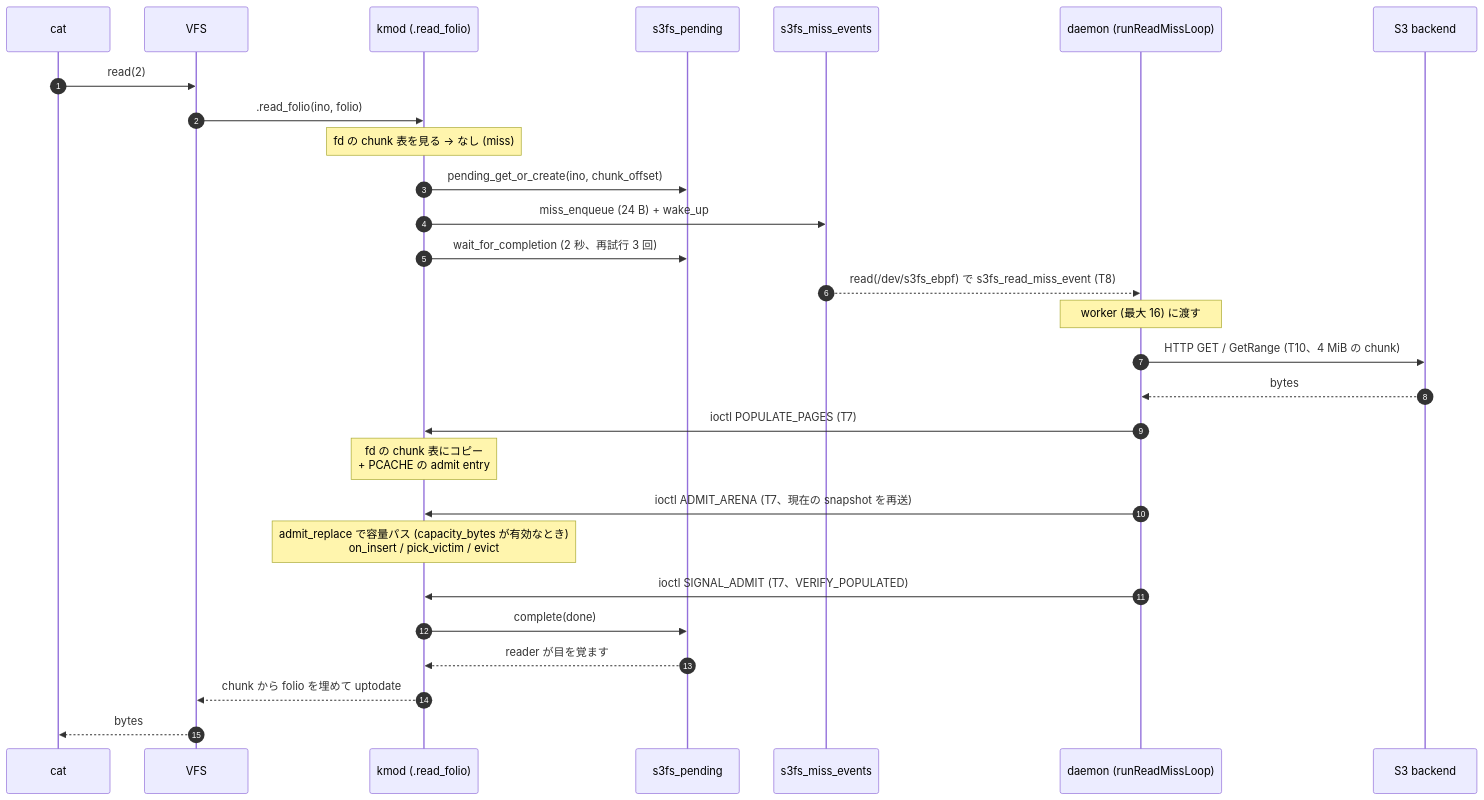
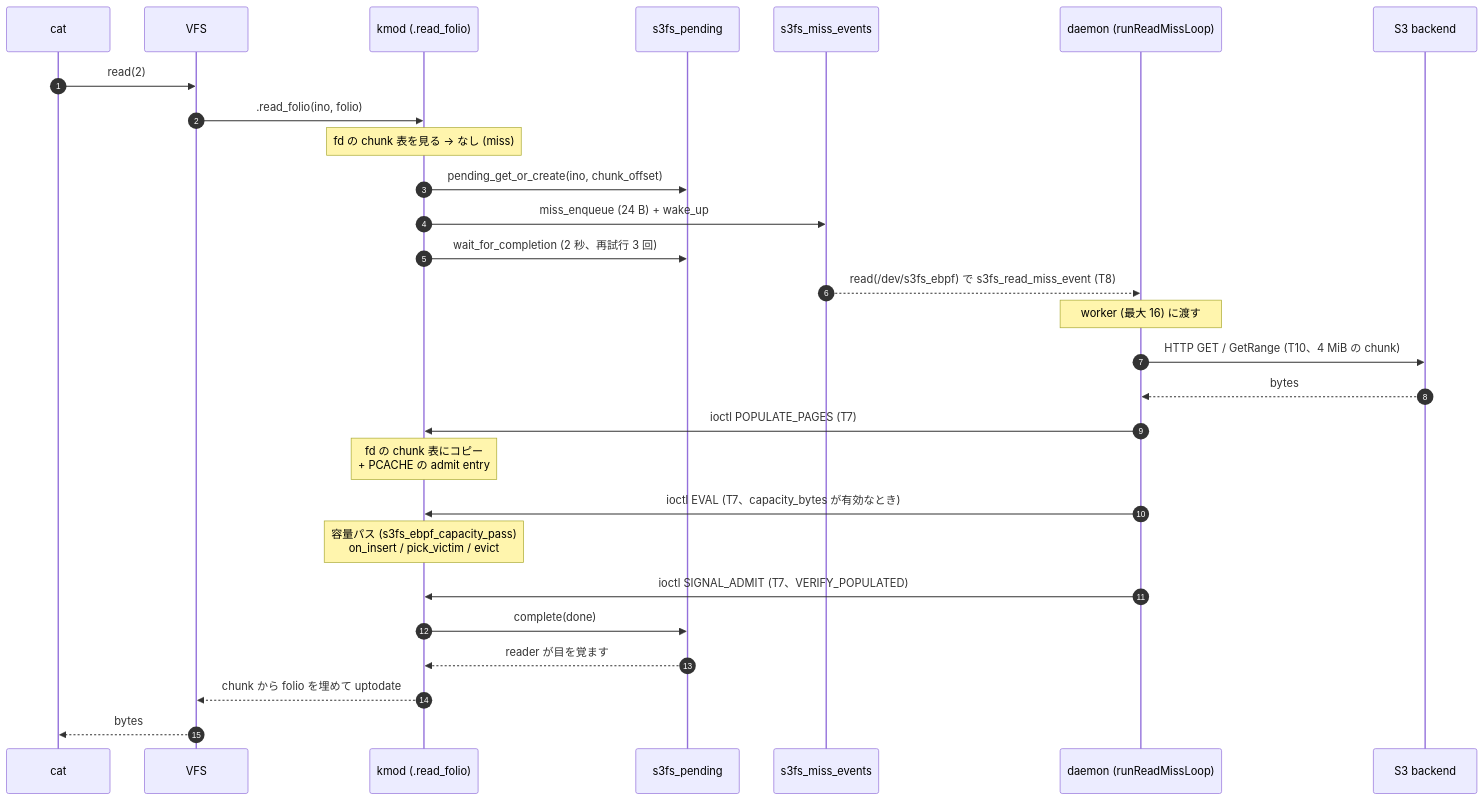
Before and after one commit to masu-mi/s3fs-ebpf: the second of 5 diagrams in docs/design/component-communication.md, drawn with Mermaid. The commit also changed other lines of this file and 37 other files, not shown here.

First line of the commit message:
v2 Phase 3b: capacity pass in the kmod (EVAL), drop ADMIT_ARENA / DRAIN_EVICTIONS / the daemon's admit table; unit tests

````diff
--- a/docs/design/component-communication.md
+++ b/docs/design/component-communication.md
@@ -161,31 +160,31 @@
 ```mermaid
 sequenceDiagram
     autonumber
     participant App as cat
     participant VFS as VFS
     participant Kmod as kmod (.read_folio)
     participant Pend as s3fs_pending
     participant MQ as s3fs_miss_events
     participant Daemon as daemon (runReadMissLoop)
     participant S3 as S3 backend
 
     App->>VFS: read(2)
     VFS->>Kmod: .read_folio(ino, folio)
     Note over Kmod: fd の chunk 表を見る → なし (miss)
     Kmod->>Pend: pending_get_or_create(ino, chunk_offset)
     Kmod->>MQ: miss_enqueue (24 B) + wake_up
     Kmod->>Pend: wait_for_completion (2 秒、再試行 3 回)
     MQ-->>Daemon: read(/dev/s3fs_ebpf) で s3fs_read_miss_event (T8)
     Note over Daemon: worker (最大 16) に渡す
     Daemon->>S3: HTTP GET / GetRange (T10、4 MiB の chunk)
     S3-->>Daemon: bytes
     Daemon->>Kmod: ioctl POPULATE_PAGES (T7)
     Note over Kmod: fd の chunk 表にコピー<br/>+ PCACHE の admit entry
-    Daemon->>Kmod: ioctl ADMIT_ARENA (T7、現在の snapshot を再送)
-    Note over Kmod: admit_replace で容量パス (capacity_bytes が有効なとき)<br/>on_insert / pick_victim / evict
+    Daemon->>Kmod: ioctl EVAL (T7、capacity_bytes が有効なとき)
+    Note over Kmod: 容量パス (s3fs_ebpf_capacity_pass)<br/>on_insert / pick_victim / evict
     Daemon->>Kmod: ioctl SIGNAL_ADMIT (T7、VERIFY_POPULATED)
     Kmod->>Pend: complete(done)
     Pend-->>Kmod: reader が目を覚ます
     Kmod-->>VFS: chunk から folio を埋めて uptodate
     VFS-->>App: bytes
 ```
````
